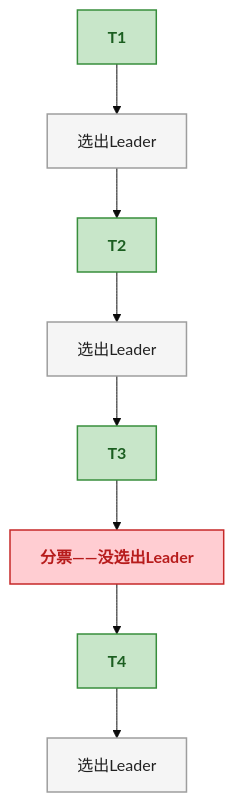
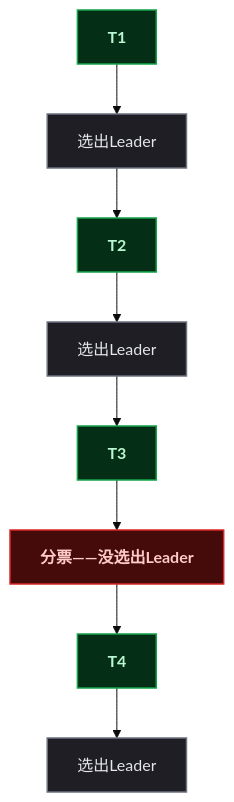
One commit to yaocat55/yaocat55.github.io changed the third of 7 diagrams in content/posts/distributed-algorithms/RaftProtocol.md. Above: the diagram before and after it, drawn with Mermaid (base theme). The commit also changed other lines of this file and 155 other files, not shown here.

````diff
--- a/content/posts/distributed-algorithms/RaftProtocol.md
+++ b/content/posts/distributed-algorithms/RaftProtocol.md
@@ -126,16 +126,16 @@
 ```mermaid
 flowchart TD
-    classDef startEnd fill:#F48FB1,stroke:#C2185B,stroke-width:2px,color:#212121,font-weight:bold
-    classDef process fill:#F5F5F5,stroke:#9E9E9E,stroke-width:1.5px,color:#212121
-    classDef condition fill:#E1BEE7,stroke:#7B1FA2,stroke-width:1.5px,color:#212121,font-weight:bold
-    classDef data fill:#C8E6C9,stroke:#388E3C,stroke-width:1.5px,color:#1B5E20,font-weight:bold
-    classDef reject fill:#FFCDD2,stroke:#C62828,stroke-width:1.5px,color:#B71C1C,font-weight:bold
+classDef startEnd fill:#701a4c,stroke:#e11d48,stroke-width:2px,color:#fce7f3,font-weight:bold;
+classDef process fill:#1e1e24,stroke:#6b7280,stroke-width:1.5px,color:#e5e7eb;
+classDef condition fill:#2a1147,stroke:#a855f7,stroke-width:1.5px,color:#ede9fe,font-weight:bold;
+classDef data fill:#052e16,stroke:#16a34a,stroke-width:1.5px,color:#bbf7d0,font-weight:bold;
+classDef reject fill:#450a0a,stroke:#dc2626,stroke-width:1.5px,color:#fecaca,font-weight:bold;
 
     T1["T1"]:::data --> T1L["选出Leader"]:::process
     T1L --> T2["T2"]:::data
     T2 --> T2L["选出Leader"]:::process
     T2L --> T3["T3"]:::data
     T3 --> T3S["分票——没选出Leader"]:::reject
     T3S --> T4["T4"]:::data
     T4 --> T4L["选出Leader"]:::process
 ```
````
